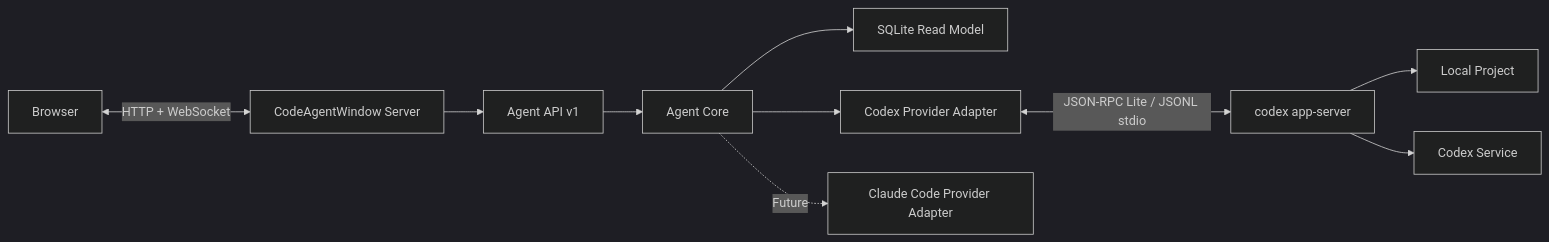
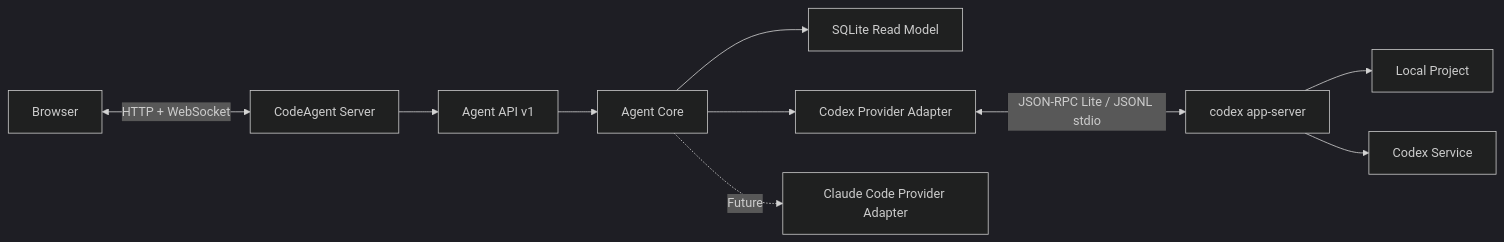
The first of 2 diagrams in docs/architecture-design.md (BryanHoo/CodeAgent), drawn with Mermaid (dark theme) before and after one commit. The commit also changed other lines of this file and 33 other files, not shown here.

````diff
--- a/docs/architecture-design.md
+++ b/docs/architecture-design.md
@@ -139,12 +139,12 @@
 ```mermaid
 flowchart LR
-    Browser["Browser"] <-->|"HTTP + WebSocket"| Server["CodeAgentWindow Server"]
+    Browser["Browser"] <-->|"HTTP + WebSocket"| Server["CodeAgent Server"]
     Server --> API["Agent API v1"]
     API --> Core["Agent Core"]
     Core --> Store["SQLite Read Model"]
     Core --> CodexAdapter["Codex Provider Adapter"]
     Core -. Future .-> ClaudeAdapter["Claude Code Provider Adapter"]
     CodexAdapter <-->|"JSON-RPC Lite / JSONL stdio"| AppServer["codex app-server"]
     AppServer --> Project["Local Project"]
     AppServer --> CodexService["Codex Service"]
 ```
````
